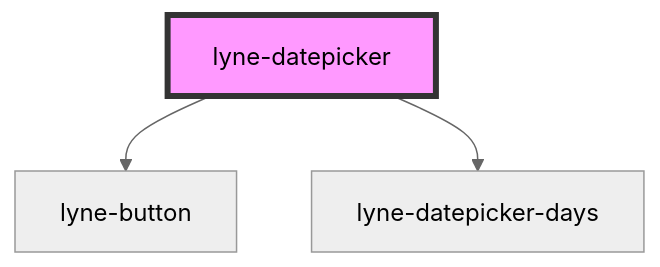
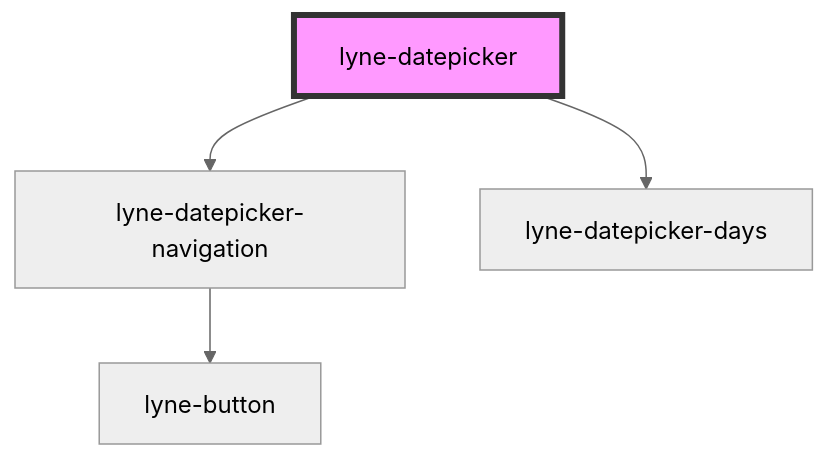
Before and after one commit to schlpbch/lyne-components: the diagram in src/components/lyne-datepicker/readme.md, drawn with Mermaid (neutral theme). The commit also changed other lines of this file and 15 other files, not shown here.

Commit message:
refactor: move datepicker navigation to a seperate component

````diff
--- a/src/components/lyne-datepicker/readme.md
+++ b/src/components/lyne-datepicker/readme.md
@@ -16,6 +16,7 @@
 ```mermaid
 graph TD;
-  lyne-datepicker --> lyne-button
+  lyne-datepicker --> lyne-datepicker-navigation
   lyne-datepicker --> lyne-datepicker-days
+  lyne-datepicker-navigation --> lyne-button
   style lyne-datepicker fill:#f9f,stroke:#333,stroke-width:4px
 ```
````
